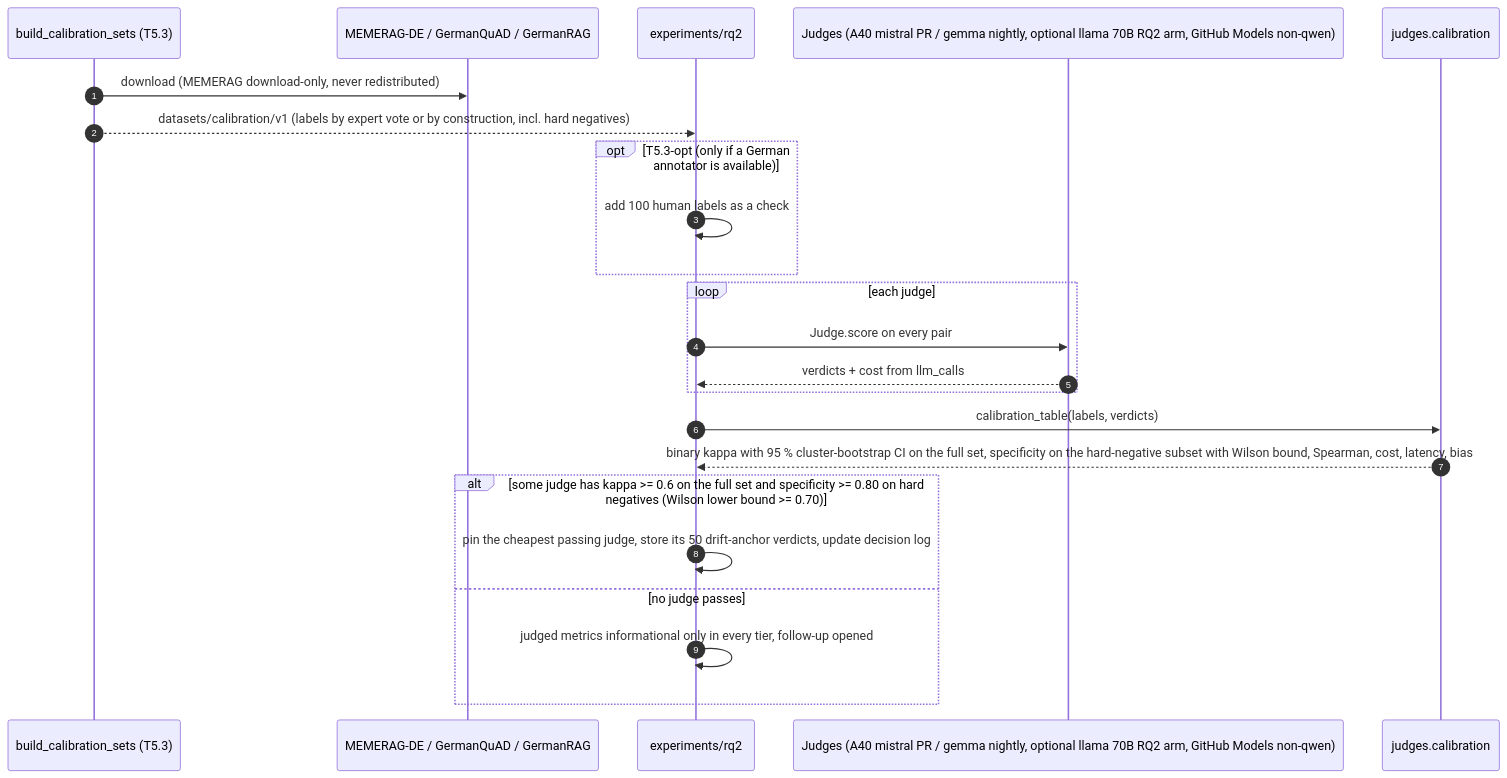
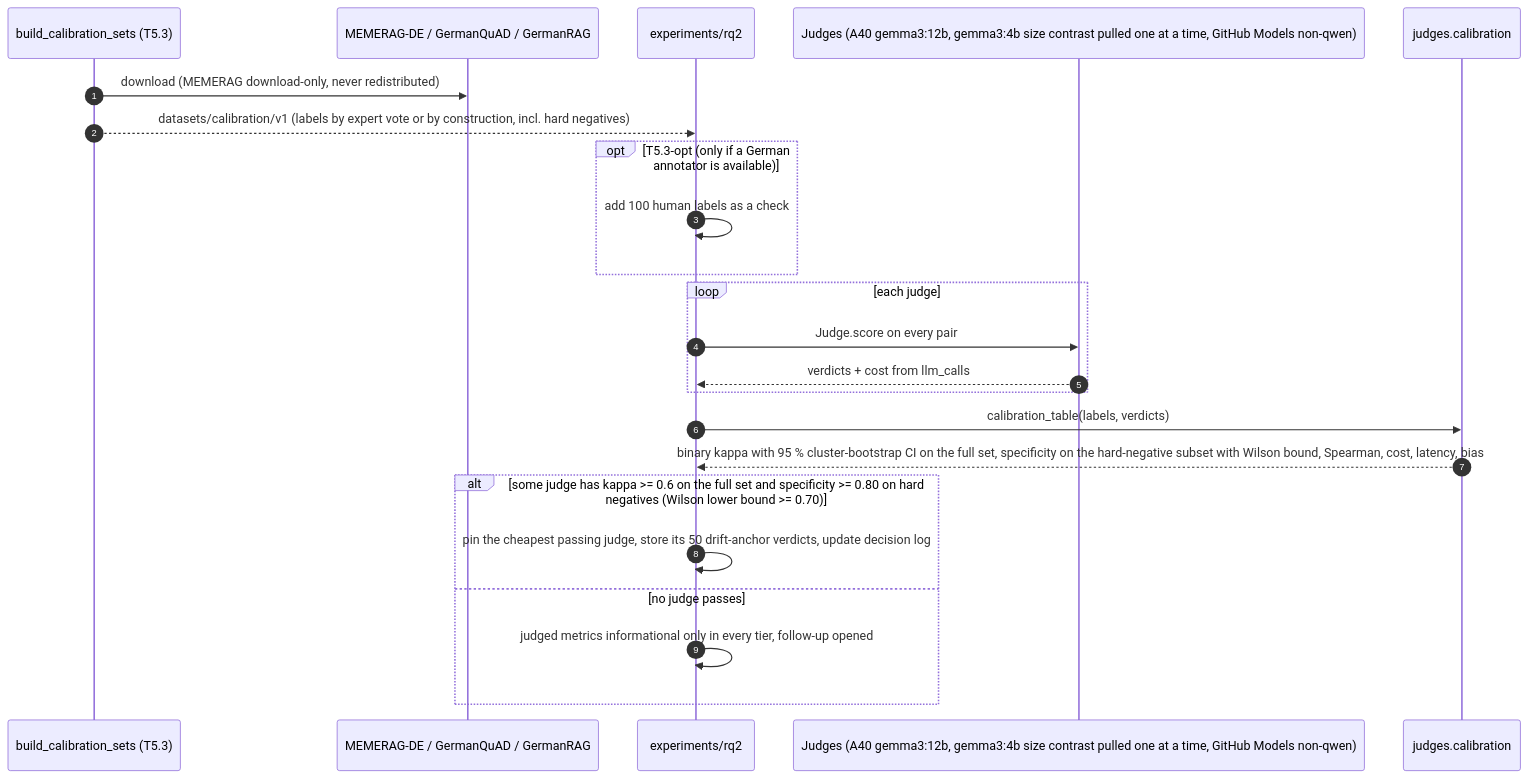
One commit to dheena18/pruefstand changed the seventh of 8 diagrams in docs/architecture/sequences.md. Above: the diagram before and after it, drawn with Mermaid. The commit also changed other lines of this file and 65 other files, not shown here.

First line of the commit message:
docs: keep models on the cluster disk, one judge, data root on VM disk (ADR-0019)

````diff
--- a/docs/architecture/sequences.md
+++ b/docs/architecture/sequences.md
@@ -355,26 +354,26 @@
 ```mermaid
 sequenceDiagram
     autonumber
     participant BCS as build_calibration_sets (T5.3)
     participant Src as MEMERAG-DE / GermanQuAD / GermanRAG
     participant Exp as experiments/rq2
-    participant J as Judges (A40 mistral PR / gemma nightly, optional llama 70B RQ2 arm, GitHub Models non-qwen)
+    participant J as Judges (A40 gemma3:12b, gemma3:4b size contrast pulled one at a time, GitHub Models non-qwen)
     participant Cal as judges.calibration
 
     BCS->>Src: download (MEMERAG download-only, never redistributed)
     BCS-->>Exp: datasets/calibration/v1 (labels by expert vote or by construction, incl. hard negatives)
     opt T5.3-opt (only if a German annotator is available)
         Exp->>Exp: add 100 human labels as a check
     end
     loop each judge
         Exp->>J: Judge.score on every pair
         J-->>Exp: verdicts + cost from llm_calls
     end
     Exp->>Cal: calibration_table(labels, verdicts)
     Cal-->>Exp: binary kappa with 95 % cluster-bootstrap CI on the full set, specificity on the hard-negative subset with Wilson bound, Spearman, cost, latency, bias
     alt some judge has kappa >= 0.6 on the full set and specificity >= 0.80 on hard negatives (Wilson lower bound >= 0.70)
         Exp->>Exp: pin the cheapest passing judge, store its 50 drift-anchor verdicts, update decision log
     else no judge passes
         Exp->>Exp: judged metrics informational only in every tier, follow-up opened
     end
 ```
````
